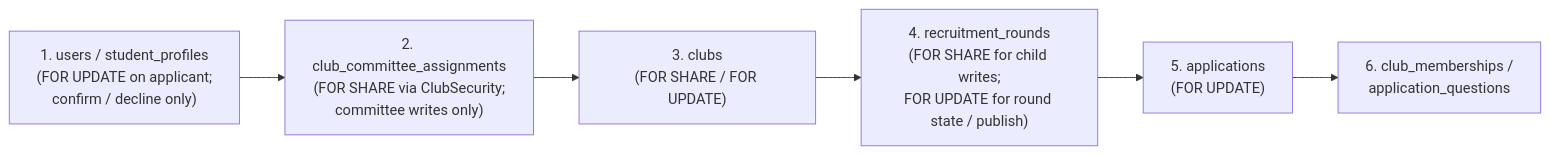
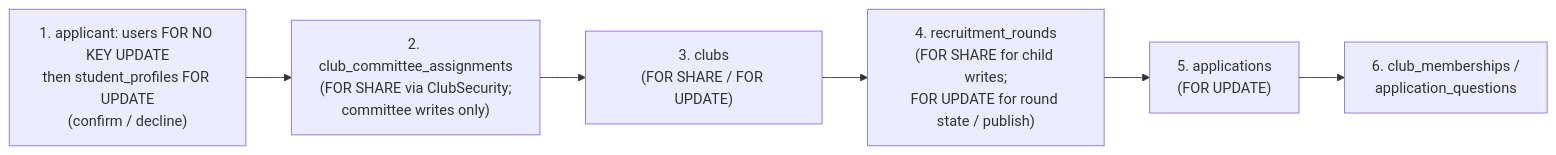
One commit to chanitnan0jr/TU_ClubHub_CS261 changed the diagram in docs/architecture/task75-sprint2-design.md. Above: the diagram before and after it, drawn with Mermaid. The commit also changed other lines of this file and 7 other files, not shown here.

````diff
--- a/docs/architecture/task75-sprint2-design.md
+++ b/docs/architecture/task75-sprint2-design.md
@@ -609,8 +609,8 @@
 ```mermaid
 flowchart LR
-    L1["1. users / student_profiles<br/>(FOR UPDATE on applicant;<br/>confirm / decline only)"] --> L2["2. club_committee_assignments<br/>(FOR SHARE via ClubSecurity;<br/>committee writes only)"]
+    L1["1. applicant: users FOR NO KEY UPDATE<br/>then student_profiles FOR UPDATE<br/>(confirm / decline)"] --> L2["2. club_committee_assignments<br/>(FOR SHARE via ClubSecurity;<br/>committee writes only)"]
     L2 --> L3["3. clubs<br/>(FOR SHARE / FOR UPDATE)"]
     L3 --> L4["4. recruitment_rounds<br/>(FOR SHARE for child writes;<br/>FOR UPDATE for round state / publish)"]
     L4 --> L5["5. applications<br/>(FOR UPDATE)"]
     L5 --> L6["6. club_memberships /<br/>application_questions"]
 ```
````
